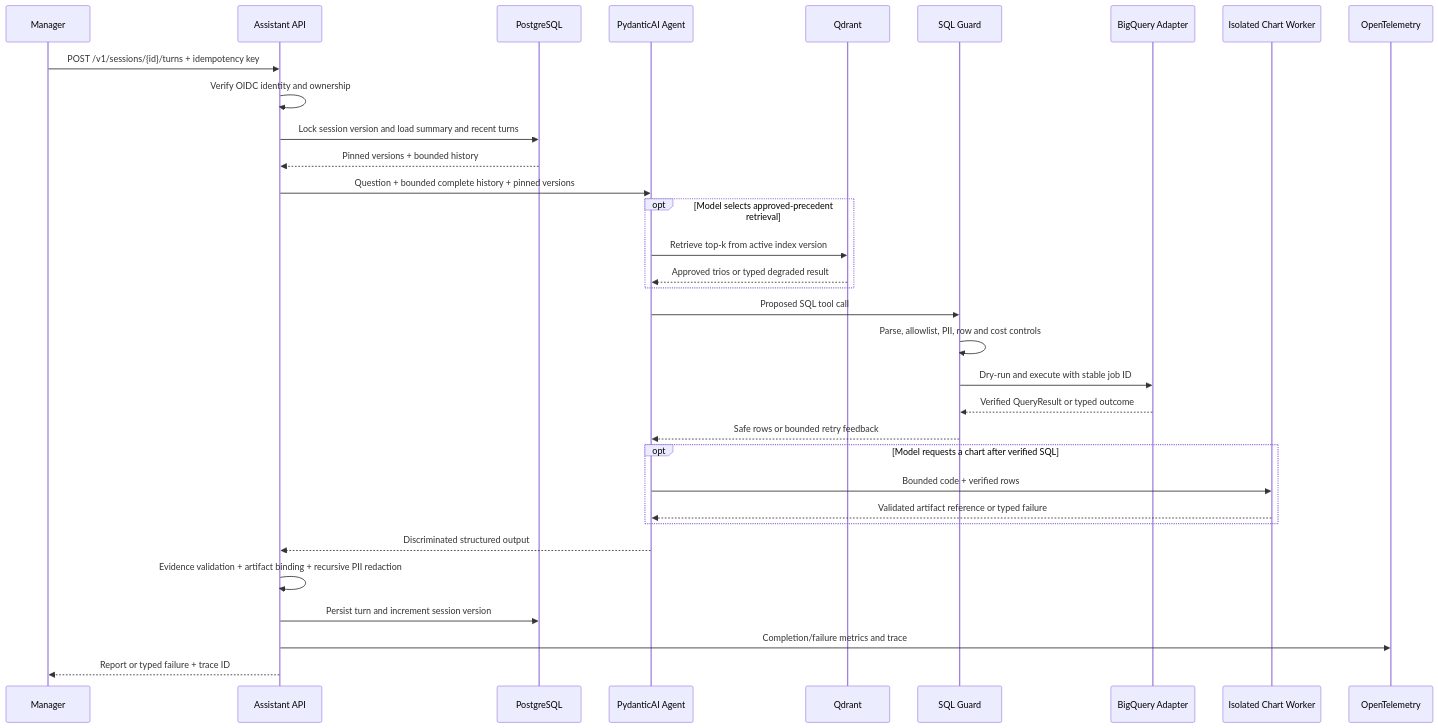
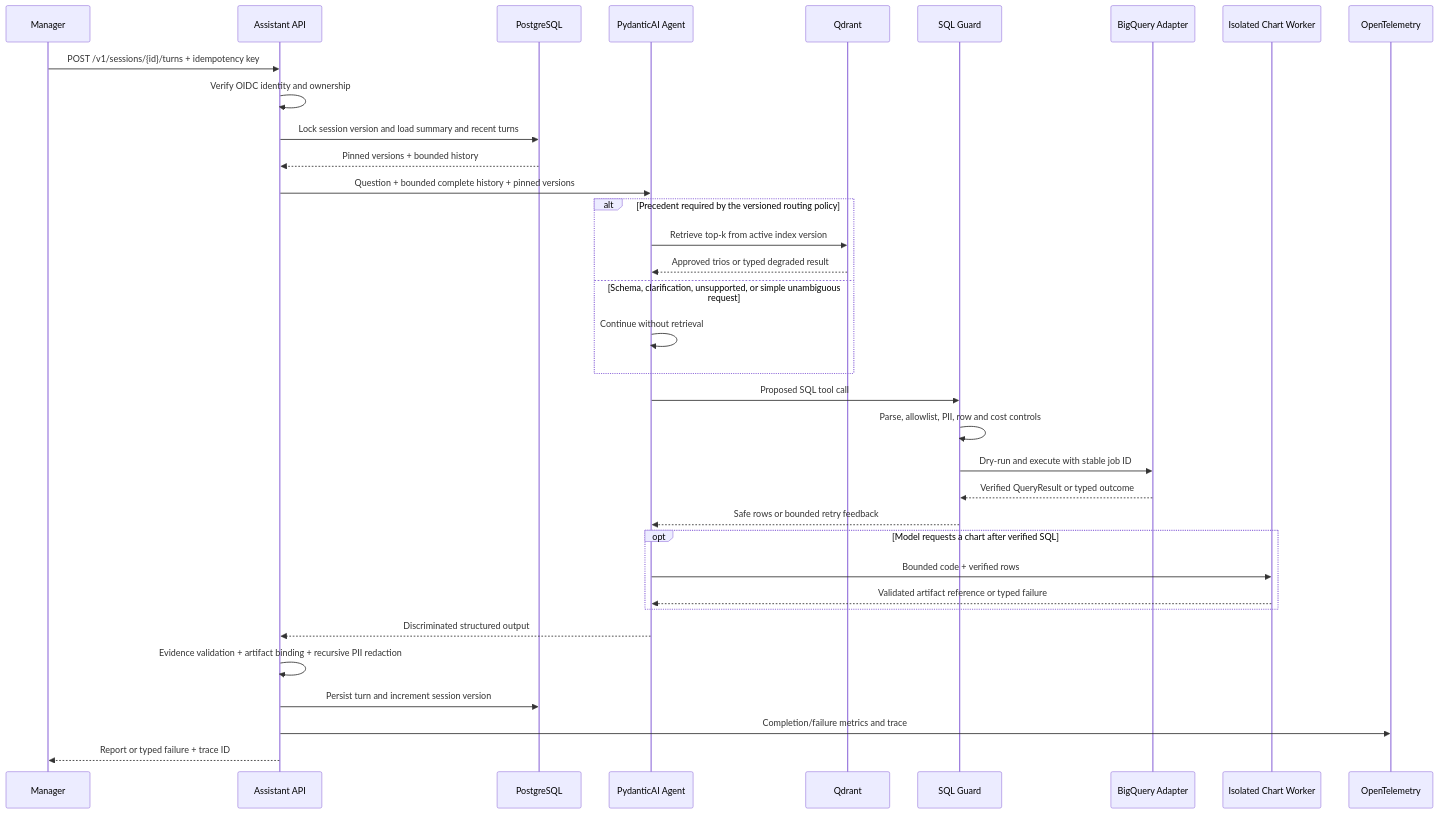
One commit to eugenenazirov/data-analysis-chat-assistant changed the second of 4 diagrams in docs/architecture.md. Above: the diagram before and after it, drawn with Mermaid. The commit also changed 23 other files, not shown here.

````diff
--- a/docs/architecture.md
+++ b/docs/architecture.md
@@ -170,36 +170,38 @@
 ```mermaid
 sequenceDiagram
     participant U as Manager
     participant API as Assistant API
     participant DB as PostgreSQL
     participant A as PydanticAI Agent
     participant Q as Qdrant
     participant G as SQL Guard
     participant W as BigQuery Adapter
     participant C as Isolated Chart Worker
     participant O as OpenTelemetry
 
     U->>API: POST /v1/sessions/{id}/turns + idempotency key
     API->>API: Verify OIDC identity and ownership
     API->>DB: Lock session version and load summary and recent turns
     DB-->>API: Pinned versions + bounded history
     API->>A: Question + bounded complete history + pinned versions
-    opt Model selects approved-precedent retrieval
+    alt Precedent required by the versioned routing policy
         A->>Q: Retrieve top-k from active index version
         Q-->>A: Approved trios or typed degraded result
+    else Schema, clarification, unsupported, or simple unambiguous request
+        A->>A: Continue without retrieval
     end
     A->>G: Proposed SQL tool call
     G->>G: Parse, allowlist, PII, row and cost controls
     G->>W: Dry-run and execute with stable job ID
     W-->>G: Verified QueryResult or typed outcome
     G-->>A: Safe rows or bounded retry feedback
     opt Model requests a chart after verified SQL
         A->>C: Bounded code + verified rows
         C-->>A: Validated artifact reference or typed failure
     end
     A-->>API: Discriminated structured output
     API->>API: Evidence validation + artifact binding + recursive PII redaction
     API->>DB: Persist turn and increment session version
     API->>O: Completion/failure metrics and trace
     API-->>U: Report or typed failure + trace ID
 ```
````
